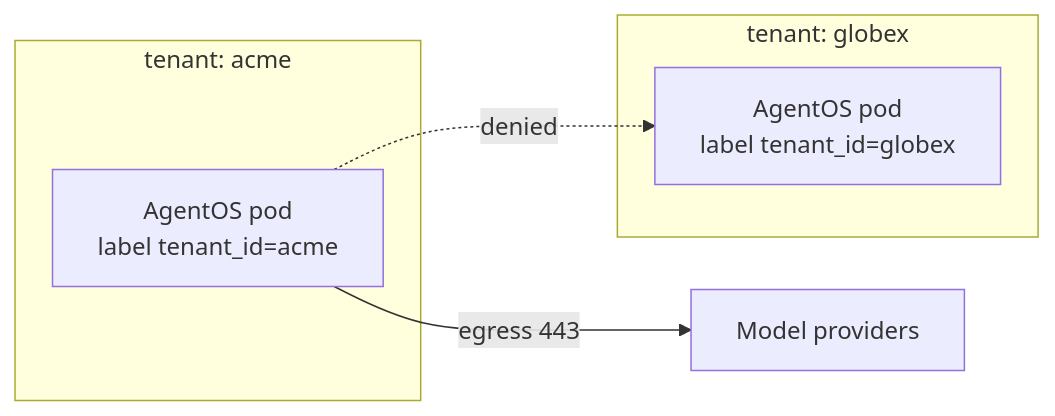
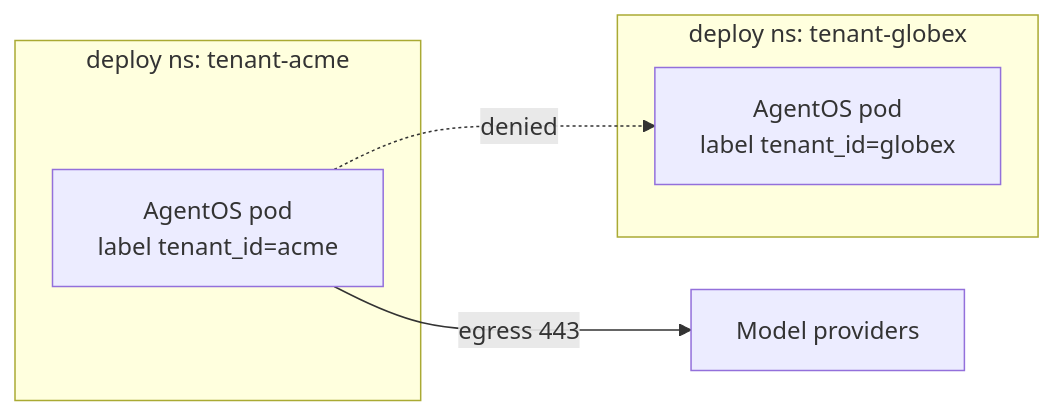
Before and after one commit to CENFARG/yaml-agno: the second of 4 diagrams in specs/SPEC_25_SECURITY_HARDENING.md, drawn with Mermaid. The commit also changed other lines of this file and 3 other files, not shown here.

````diff
--- a/specs/SPEC_25_SECURITY_HARDENING.md
+++ b/specs/SPEC_25_SECURITY_HARDENING.md
@@ -301,11 +312,11 @@
 ```mermaid
 flowchart LR
-    subgraph T1[tenant: acme]
+    subgraph T1[deploy ns: tenant-acme]
         P1[AgentOS pod<br/>label tenant_id=acme]
     end
-    subgraph T2[tenant: globex]
+    subgraph T2[deploy ns: tenant-globex]
         P2[AgentOS pod<br/>label tenant_id=globex]
     end
     P1 -.denied.-> P2
     P1 -->|egress 443| MODEL[Model providers]
 ```
````
